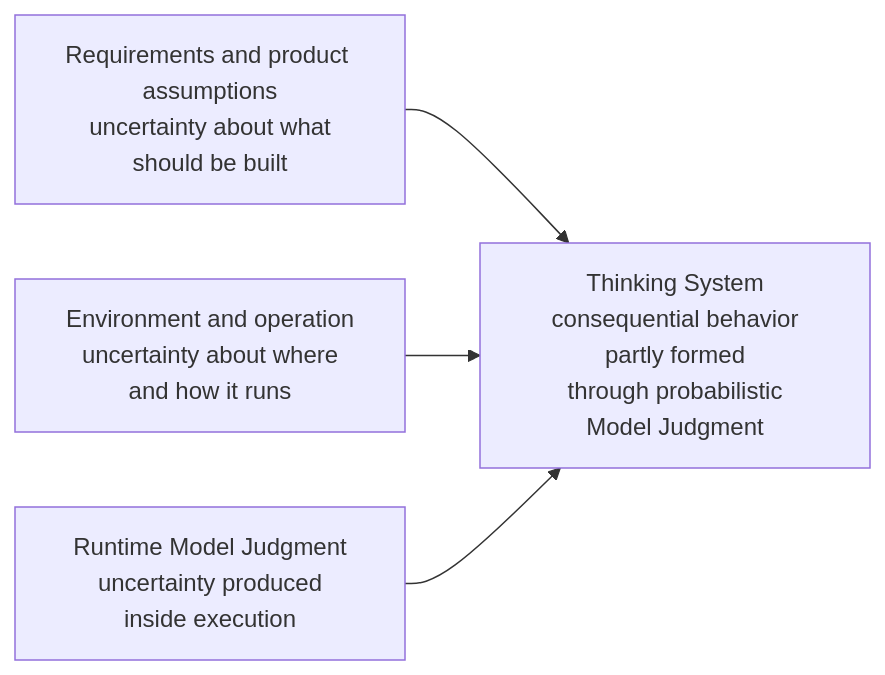
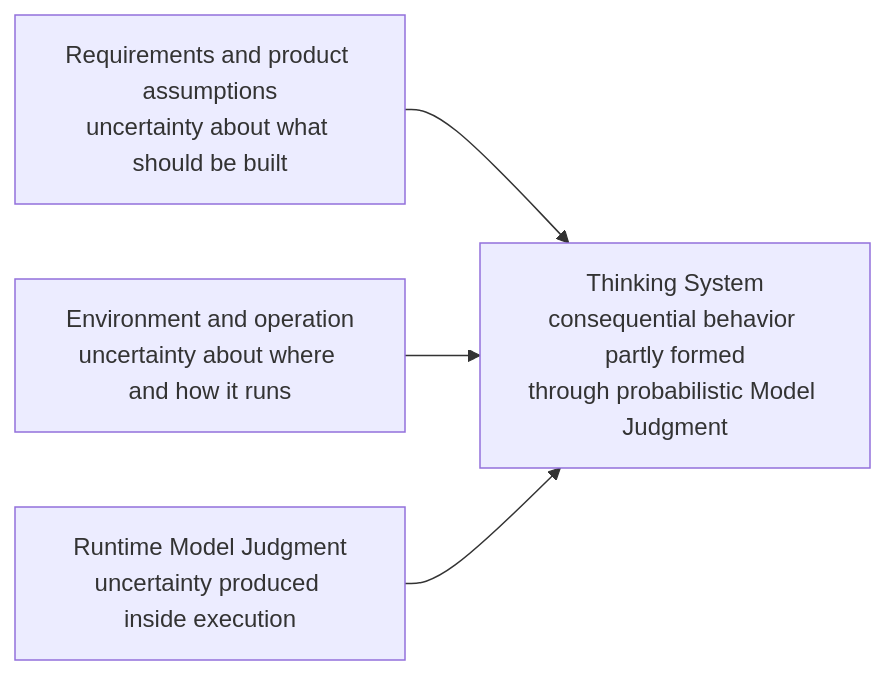
Before and after one commit to UncertaintyArchitectureGroup/uncertainty-architecture: the fifth of 14 diagrams in content/research/notes/open-engineering-specification-article-draft.md, drawn with Mermaid. The commit also changed other lines of this file and 1 other file, not shown here.

````diff
--- a/content/research/notes/open-engineering-specification-article-draft.md
+++ b/content/research/notes/open-engineering-specification-article-draft.md
@@ -260,11 +263,11 @@
 ```mermaid
 flowchart LR
-    R["Requirements and product assumptions<br/> uncertainty about what should be built"]
-    O["Environment and operation<br/> uncertainty about where and how it runs"]
-    J["Runtime Model Judgment<br/> uncertainty produced inside execution"]
-    S["Thinking System<br/> consequential behavior partly formed<br/> through probabilistic Model Judgment"]
+    R["Requirements and product assumptions<br/>uncertainty about what should be built"]
+    O["Environment and operation<br/>uncertainty about where and how it runs"]
+    J["Runtime Model Judgment<br/>uncertainty produced inside execution"]
+    S["Thinking System<br/>consequential behavior partly formed<br/>through probabilistic Model Judgment"]
 
     R --> S
     O --> S
     J --> S
 ```
````
